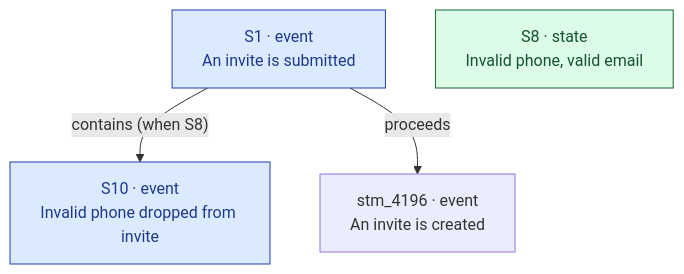
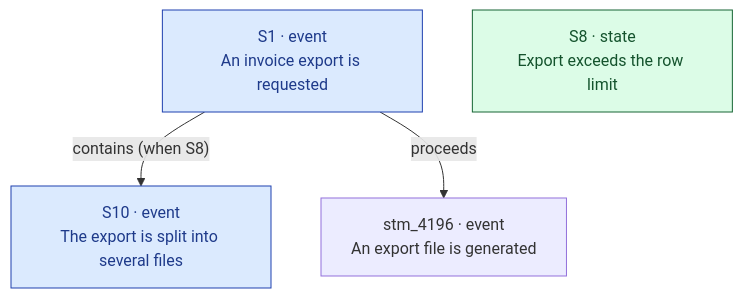
The diagram in skills/mycelium-draft/SKILL.md (realDragonium/mycelium), drawn with Mermaid before and after one commit. The commit also changed other lines of this file and 1 other file, not shown here.

````diff
--- a/skills/mycelium-draft/SKILL.md
+++ b/skills/mycelium-draft/SKILL.md
@@ -254,19 +254,19 @@
 ```mermaid
 flowchart TD
     classDef event fill:#dbeafe,stroke:#1e40af,color:#1e3a8a;
     classDef state fill:#dcfce7,stroke:#166534,color:#14532d;
     classDef capability fill:#fef9c3,stroke:#854d0e,color:#713f12;
     classDef rule fill:#f3e8ff,stroke:#6b21a8,color:#581c87;
     classDef property fill:#ffedd5,stroke:#9a3412,color:#7c2d12;
     classDef entity fill:#f1f5f9,stroke:#475569,color:#1e293b;
     classDef existing stroke-dasharray:5 3,opacity:0.6;
 
-    S1["S1 · event<br/>An invite is submitted"]:::event
-    S8["S8 · state<br/>Invalid phone, valid email"]:::state
-    S10["S10 · event<br/>Invalid phone dropped from invite"]:::event
-    E1["stm_4196 · event<br/>An invite is created"]
+    S1["S1 · event<br/>An invoice export is requested"]:::event
+    S8["S8 · state<br/>Export exceeds the row limit"]:::state
+    S10["S10 · event<br/>The export is split into several files"]:::event
+    E1["stm_4196 · event<br/>An export file is generated"]
     class E1 event,existing
 
     S1 -->|"contains (when S8)"| S10
     S1 -->|proceeds| E1
 ```
````
